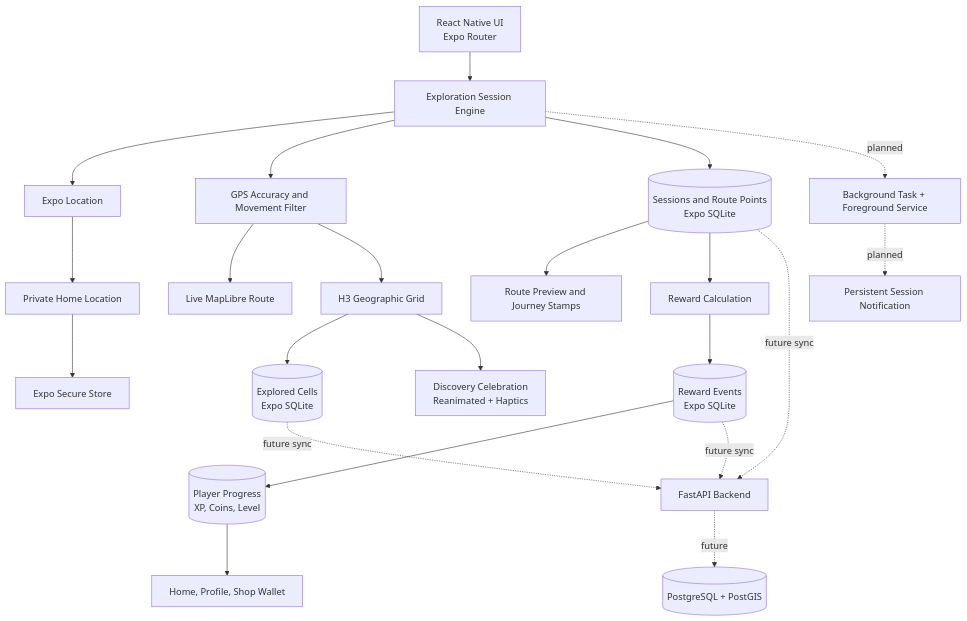
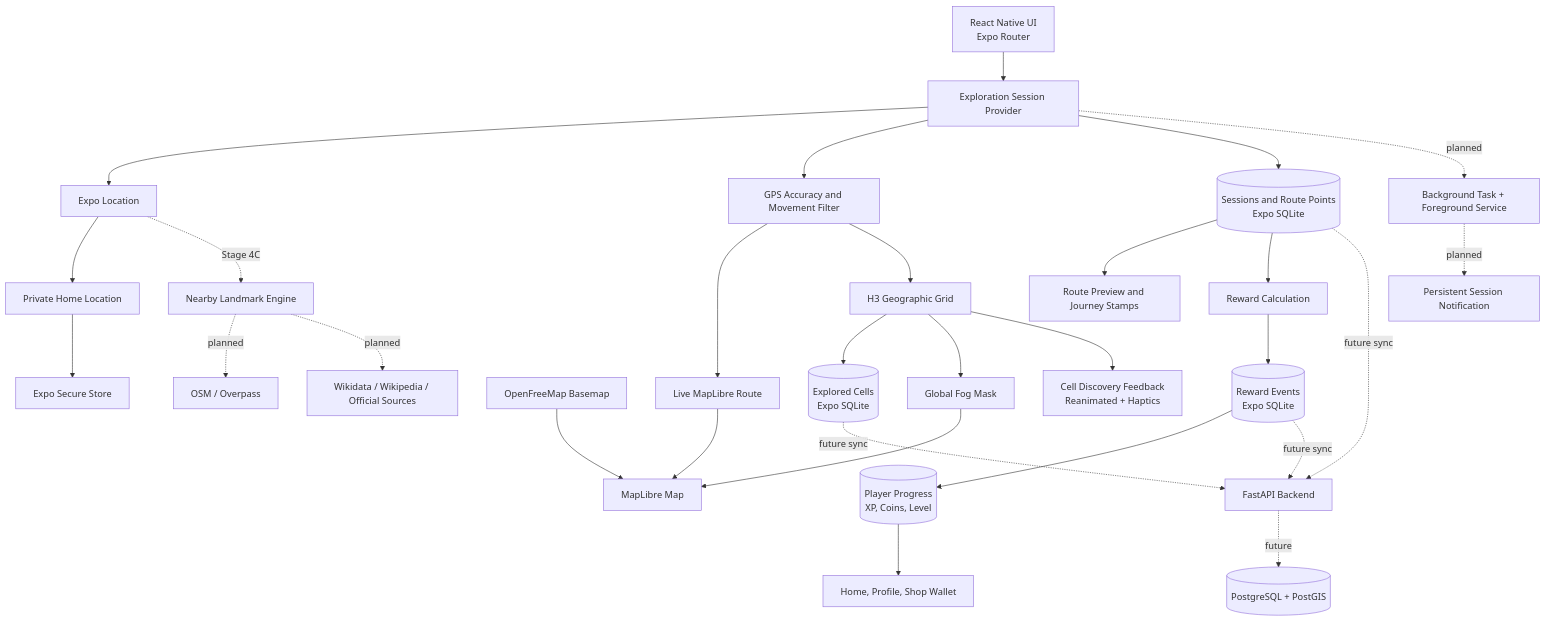
Before and after one commit to EdisonSenpai/Arukiyo: the diagram in README.md, drawn with Mermaid. The commit also changed other lines of this file and 7 other files, not shown here.

First line of the commit message:
feat: refine global fog of war exploration (#8)

````diff
--- a/README.md
+++ b/README.md
@@ -273,24 +352,31 @@
 ```mermaid
 flowchart TD
-    UI[React Native UI\nExpo Router] --> EXP[Exploration Session Engine]
-    EXP --> GPS[Expo Location]
-    EXP --> FILTER[GPS Accuracy and Movement Filter]
+    UI[React Native UI\nExpo Router] --> SESSION[Exploration Session Provider]
+    SESSION --> GPS[Expo Location]
+    SESSION --> FILTER[GPS Accuracy and Movement Filter]
     FILTER --> ROUTE[Live MapLibre Route]
     FILTER --> GRID[H3 Geographic Grid]
     GRID --> CELLS[(Explored Cells\nExpo SQLite)]
-    GRID --> DISCOVERY[Discovery Celebration\nReanimated + Haptics]
-    EXP --> SESSIONS[(Sessions and Route Points\nExpo SQLite)]
+    GRID --> MASK[Global Fog Mask]
+    BASE[OpenFreeMap Basemap] --> MAP[MapLibre Map]
+    MASK --> MAP
+    ROUTE --> MAP
+    GRID --> DISCOVERY[Cell Discovery Feedback\nReanimated + Haptics]
+    SESSION --> SESSIONS[(Sessions and Route Points\nExpo SQLite)]
     SESSIONS --> SUMMARY[Route Preview and Journey Stamps]
     SESSIONS --> REWARDS[Reward Calculation]
     REWARDS --> EVENTS[(Reward Events\nExpo SQLite)]
     EVENTS --> PLAYER[(Player Progress\nXP, Coins, Level)]
     PLAYER --> DASH[Home, Profile, Shop Wallet]
     GPS --> HOME[Private Home Location]
     HOME --> SECURE[Expo Secure Store]
-    EXP -. planned .-> BG[Background Task + Foreground Service]
+    GPS -. Stage 4C .-> LANDMARKS[Nearby Landmark Engine]
+    LANDMARKS -. planned .-> OSM[OSM / Overpass]
+    LANDMARKS -. planned .-> SOURCES[Wikidata / Wikipedia / Official Sources]
+    SESSION -. planned .-> BG[Background Task + Foreground Service]
     BG -. planned .-> NOTICE[Persistent Session Notification]
     CELLS -. future sync .-> API[FastAPI Backend]
     SESSIONS -. future sync .-> API
     EVENTS -. future sync .-> API
     API -. future .-> POSTGIS[(PostgreSQL + PostGIS)]
 ```
````
